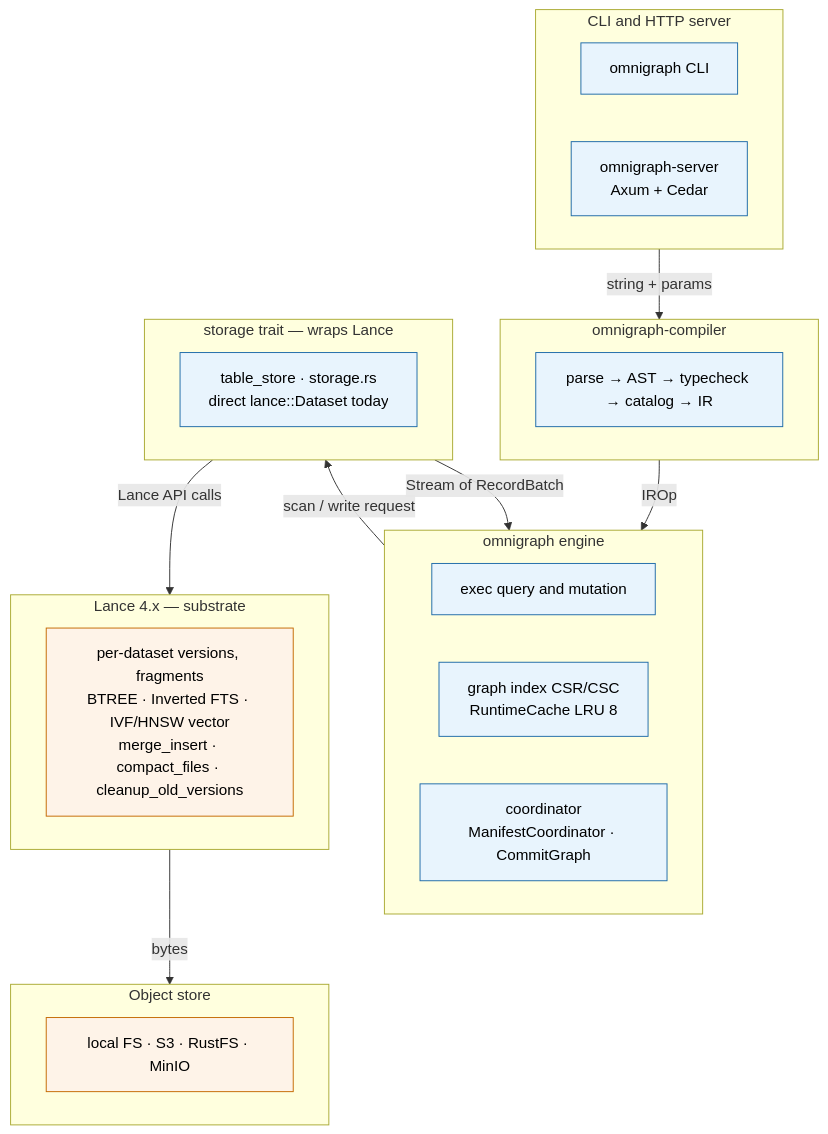
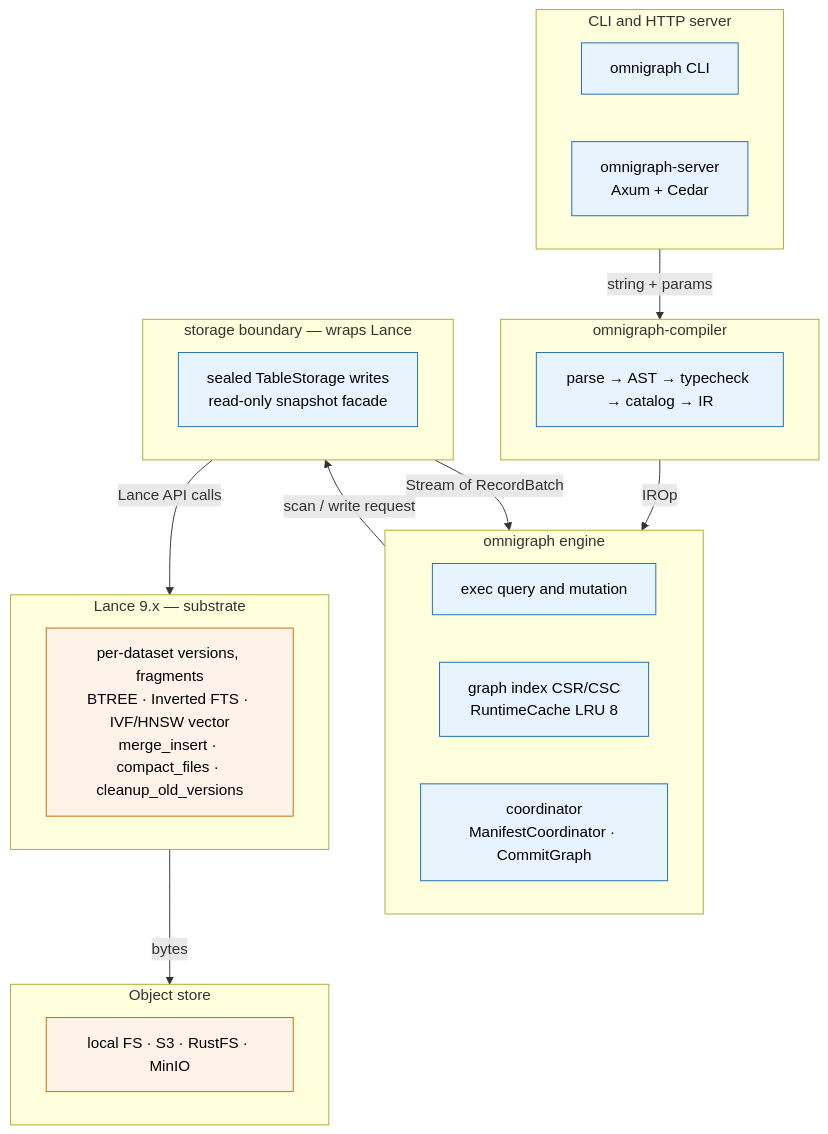
Before and after one commit to ModernRelay/omnigraph: the second of 7 diagrams in docs/dev/architecture.md, drawn with Mermaid. The commit also changed other lines of this file and 29 other files, not shown here.

Commit message:
Align RFC-022–028 architecture and Lance evidence

````diff
--- a/docs/dev/architecture.md
+++ b/docs/dev/architecture.md
@@ -49,39 +49,39 @@
 ```mermaid
 flowchart TB
     classDef l2 fill:#e8f4fd,stroke:#1e6aa8,color:#000
     classDef l1 fill:#fef3e8,stroke:#c46900,color:#000
 
     subgraph CLIs[CLI and HTTP server]
         cli[omnigraph CLI]:::l2
         srv[omnigraph-server<br/>Axum + Cedar]:::l2
     end
 
     subgraph compiler[omnigraph-compiler]
         front[parse → AST → typecheck → catalog → IR]:::l2
     end
 
     subgraph engine[omnigraph engine]
         plan[exec query and mutation]:::l2
         gi[graph index CSR/CSC<br/>RuntimeCache LRU 8]:::l2
         coord[coordinator<br/>ManifestCoordinator · CommitGraph]:::l2
     end
 
-    subgraph storage[storage trait — wraps Lance]
-        ts[table_store · storage.rs<br/>direct lance::Dataset today]:::l2
+    subgraph storage[storage boundary — wraps Lance]
+        ts[sealed TableStorage writes<br/>read-only snapshot facade]:::l2
     end
 
-    subgraph lance_layer[Lance 4.x — substrate]
+    subgraph lance_layer[Lance 9.x — substrate]
         lance[per-dataset versions, fragments<br/>BTREE · Inverted FTS · IVF/HNSW vector<br/>merge_insert · compact_files · cleanup_old_versions]:::l1
     end
 
     subgraph object_store[Object store]
         os[local FS · S3 · RustFS · MinIO]:::l1
     end
 
     CLIs -- "string + params" --> compiler
     compiler -- IROp --> engine
     engine -- "scan / write request" --> storage
     storage -- "Stream of RecordBatch" --> engine
     storage -- "Lance API calls" --> lance_layer
     lance_layer -- bytes --> object_store
 ```
````
